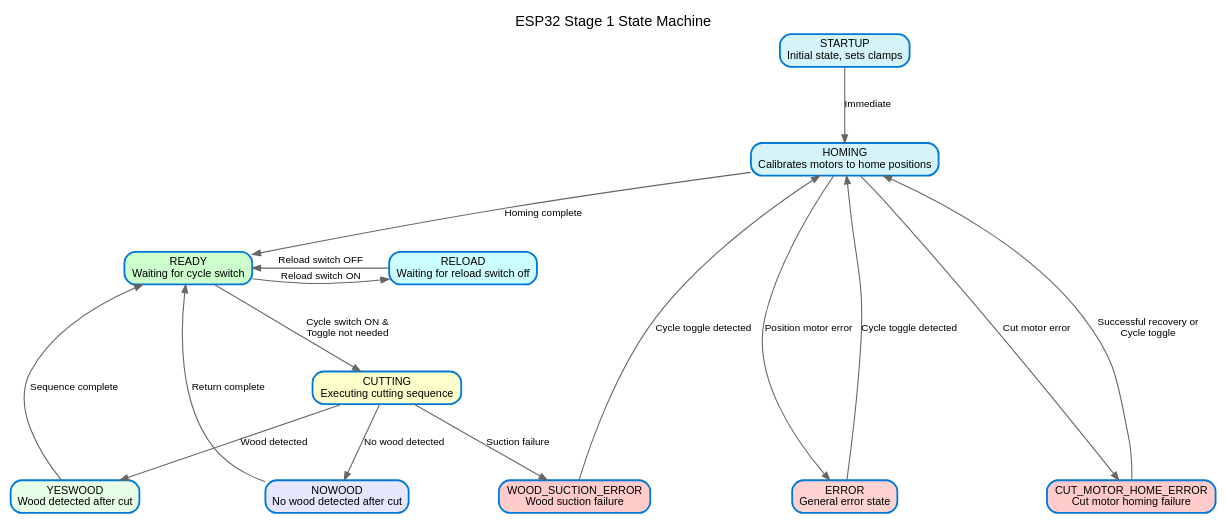
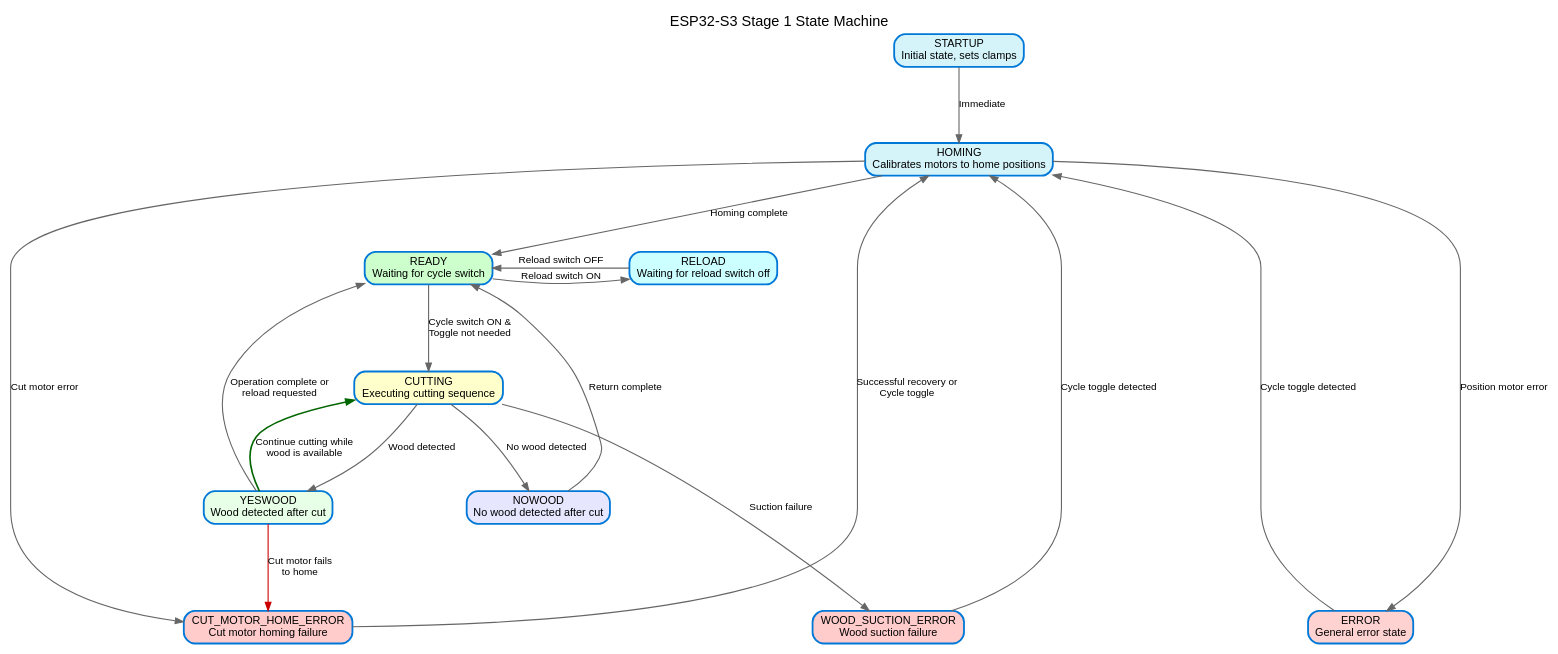
Before and after one commit to akivaweil/Stage-1-Mar25: the diagram in flowcharts/state_machine.dot, drawn with Graphviz. The commit also changed 4 other files, not shown here.

Commit message:
Update flowcharts to show ESP32-S3, continuous cycle operation, and additional error paths

```diff
--- a/flowcharts/state_machine.dot
+++ b/flowcharts/state_machine.dot
@@ -1,50 +1,53 @@
 digraph StateMachine {
     // Graph styling
     graph [fontname="Arial", fontsize=16, nodesep=0.8, ranksep=1.0, splines=true];
     node [fontname="Arial", fontsize=12, shape=box, style="rounded,filled", fillcolor="#E0F4FF", color="#0078D7", penwidth=2.0];
     edge [fontname="Arial", fontsize=11, color="#666666", penwidth=1.2, arrowsize=0.9];
 
     // Title
     labelloc="t";
-    label="ESP32 Stage 1 State Machine";
+    label="ESP32-S3 Stage 1 State Machine";
 
     // State nodes with descriptive labels
     STARTUP [label="STARTUP\nInitial state, sets clamps", fillcolor="#D4F4FA"];
     HOMING [label="HOMING\nCalibrates motors to home positions", fillcolor="#D4F4FA"];
     READY [label="READY\nWaiting for cycle switch", fillcolor="#CCFFCC"];
     RELOAD [label="RELOAD\nWaiting for reload switch off", fillcolor="#CCFFFF"];
     CUTTING [label="CUTTING\nExecuting cutting sequence", fillcolor="#FFFFCC"];
     YESWOOD [label="YESWOOD\nWood detected after cut", fillcolor="#E6FFE6"];
     NOWOOD [label="NOWOOD\nNo wood detected after cut", fillcolor="#E6E6FF"];
     ERROR [label="ERROR\nGeneral error state", fillcolor="#FFD2D2"];
     WOOD_SUCTION_ERROR [label="WOOD_SUCTION_ERROR\nWood suction failure", fillcolor="#FFCCCB"];
     CUT_MOTOR_HOME_ERROR [label="CUT_MOTOR_HOME_ERROR\nCut motor homing failure", fillcolor="#FFCCCB"];
 
     // Transition edges
     STARTUP -> HOMING [label="Immediate"];
     
     HOMING -> READY [label="Homing complete"];
     HOMING -> ERROR [label="Position motor error"];
     HOMING -> CUT_MOTOR_HOME_ERROR [label="Cut motor error"];
     
     READY -> RELOAD [label="Reload switch ON"];
     READY -> CUTTING [label="Cycle switch ON &\nToggle not needed"];
     
     RELOAD -> READY [label="Reload switch OFF"];
     
     CUTTING -> YESWOOD [label="Wood detected"];
     CUTTING -> NOWOOD [label="No wood detected"];
     CUTTING -> WOOD_SUCTION_ERROR [label="Suction failure"];
     
-    YESWOOD -> READY [label="Sequence complete"];
+    YESWOOD -> READY [label="Operation complete or\nreload requested"];
+    YESWOOD -> CUTTING [label="Continue cutting while\nwood is available", color="#006600", penwidth=1.8];
+    YESWOOD -> CUT_MOTOR_HOME_ERROR [label="Cut motor fails\nto home", color="#CC0000"];
+    
     NOWOOD -> READY [label="Return complete"];
     
     ERROR -> HOMING [label="Cycle toggle detected"];
     WOOD_SUCTION_ERROR -> HOMING [label="Cycle toggle detected"];
     CUT_MOTOR_HOME_ERROR -> HOMING [label="Successful recovery or\nCycle toggle"];
 
     // Formatting to improve layout
     { rank=same; READY RELOAD }
     { rank=same; YESWOOD NOWOOD }
     { rank=same; ERROR WOOD_SUCTION_ERROR CUT_MOTOR_HOME_ERROR }
 } 
```
